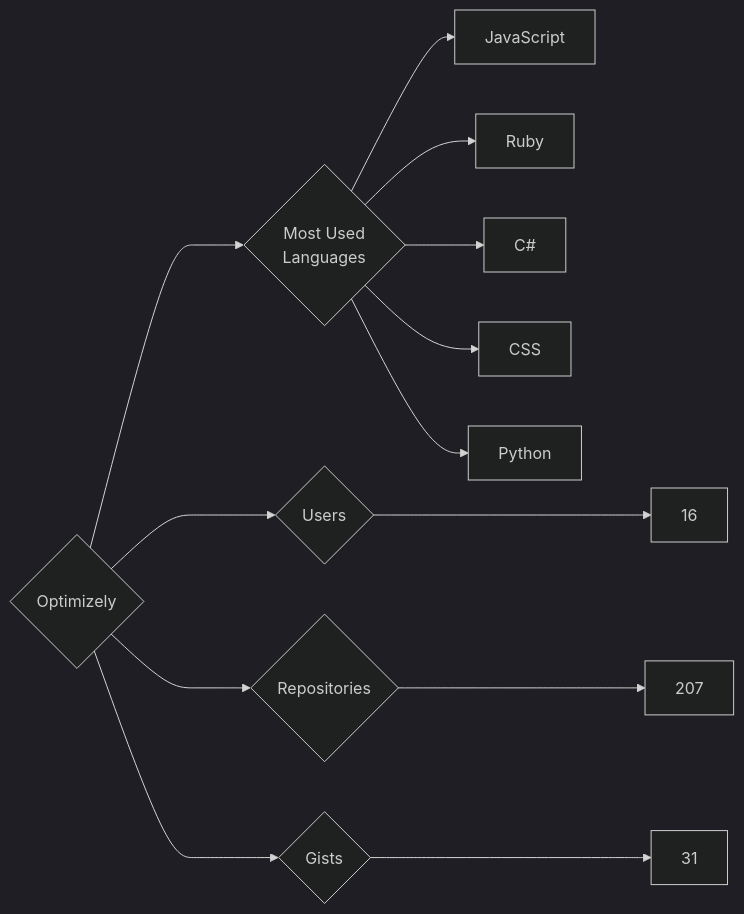
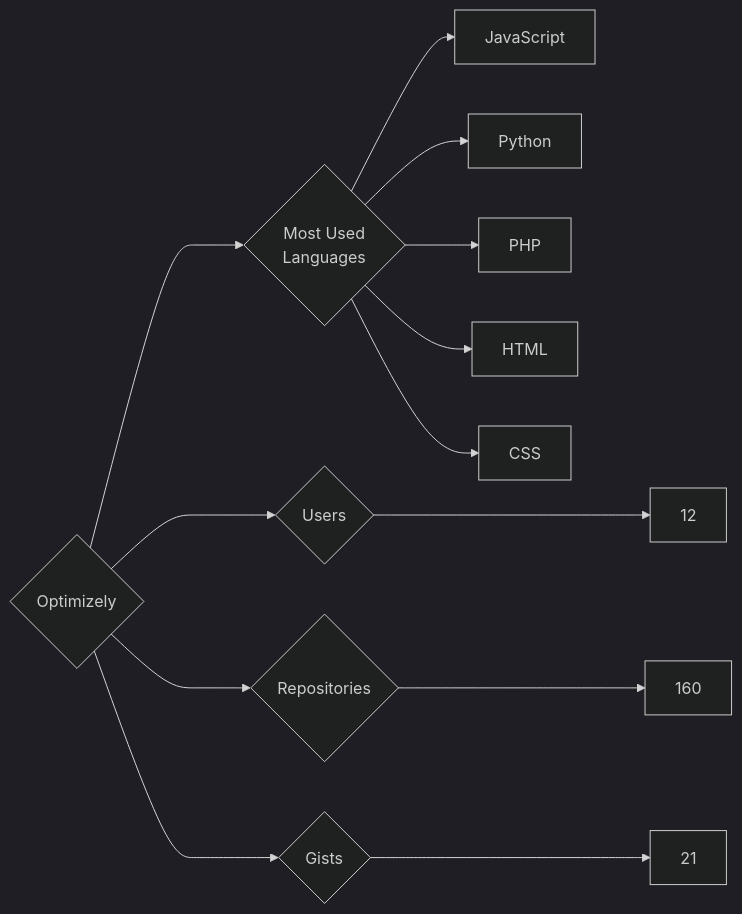
Before and after one commit to trickest/insiders: the diagram in targets/Optimizely/README.md, drawn with Mermaid (dark theme). The commit also changed 972 other files, not shown here.

````diff
--- a/targets/Optimizely/README.md
+++ b/targets/Optimizely/README.md
@@ -3,13 +3,13 @@
 ```mermaid
 graph LR
 COMPANY_NAME{Optimizely}
-COMPANY_NAME ---> U{Users} ---> UN[16]
-COMPANY_NAME ---> R{Repositories} ---> RN[207]
-COMPANY_NAME ---> G{Gists} ---> GN[31]
+COMPANY_NAME ---> U{Users} ---> UN[12]
+COMPANY_NAME ---> R{Repositories} ---> RN[160]
+COMPANY_NAME ---> G{Gists} ---> GN[21]
 COMPANY_NAME ---> ML{Most Used<br>Languages}
 ML --> JavaScript[JavaScript]
-ML --> Ruby[Ruby]
-ML --> C#[C#]
+ML --> Python[Python]
+ML --> PHP[PHP]
+ML --> HTML[HTML]
 ML --> CSS[CSS]
-ML --> Python[Python]
 ```
````
